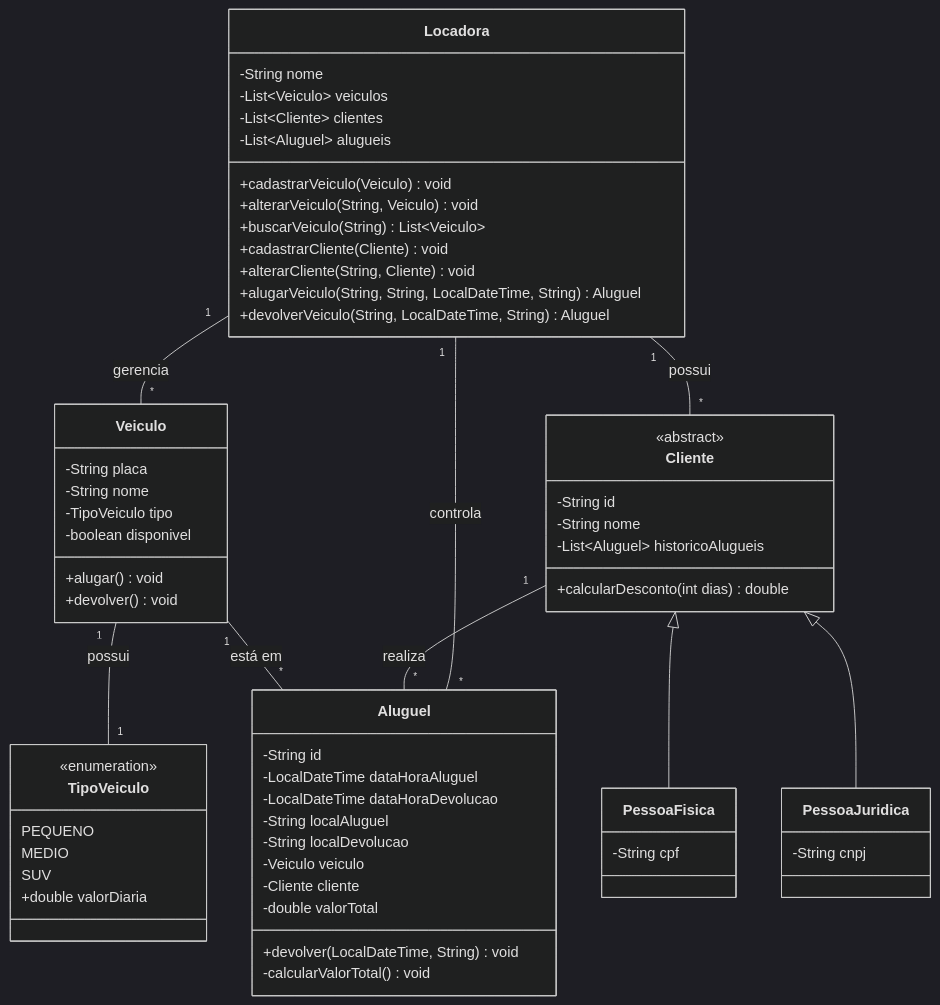
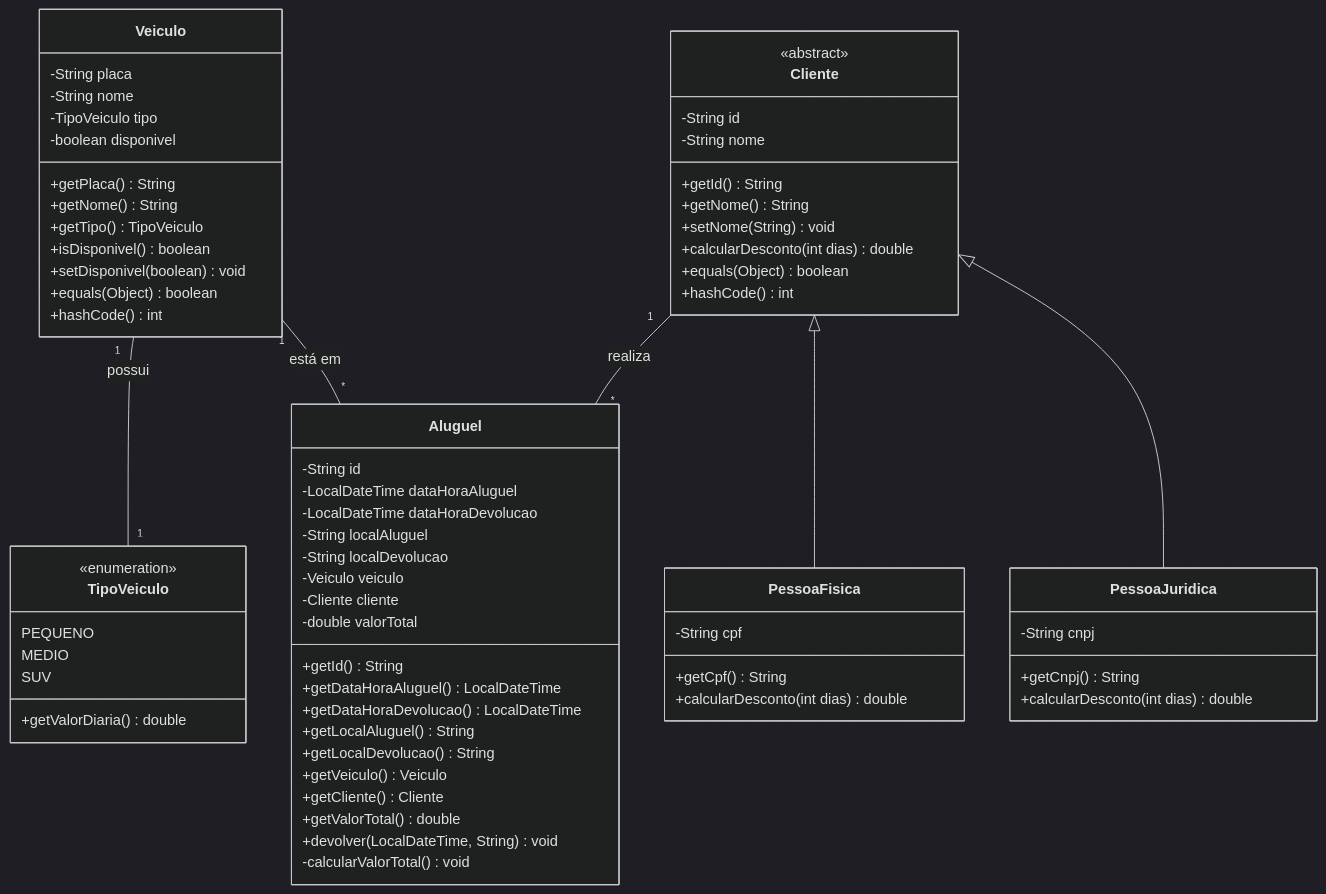
Before and after one commit to elainefabiola/POO2_Projeto: the diagram in uml.md, drawn with Mermaid (dark theme).

````diff
--- a/uml.md
+++ b/uml.md
@@ -1,77 +1,80 @@
 ```mermaid
 classDiagram
     %% ENUMS
     class TipoVeiculo {
         <<enumeration>>
         PEQUENO
         MEDIO
         SUV
-        +double valorDiaria
+        +getValorDiaria() double
     }
 
     %% CLASSES PRINCIPAIS
     class Veiculo {
         -String placa
         -String nome
         -TipoVeiculo tipo
         -boolean disponivel
-        +alugar() void
-        +devolver() void
+        +getPlaca() String
+        +getNome() String
+        +getTipo() TipoVeiculo
+        +isDisponivel() boolean
+        +setDisponivel(boolean) void
+        +equals(Object) boolean
+        +hashCode() int
     }
 
     class Cliente {
         <<abstract>>
         -String id
         -String nome
-        -List~Aluguel~ historicoAlugueis
+        +getId() String
+        +getNome() String
+        +setNome(String) void
         +calcularDesconto(int dias) double
+        +equals(Object) boolean
+        +hashCode() int
     }
 
     class PessoaFisica {
         -String cpf
+        +getCpf() String
+        +calcularDesconto(int dias) double
     }
 
     class PessoaJuridica {
         -String cnpj
+        +getCnpj() String
+        +calcularDesconto(int dias) double
     }
 
     class Aluguel {
         -String id
         -LocalDateTime dataHoraAluguel
         -LocalDateTime dataHoraDevolucao
         -String localAluguel
         -String localDevolucao
         -Veiculo veiculo
         -Cliente cliente
         -double valorTotal
+        +getId() String
+        +getDataHoraAluguel() LocalDateTime
+        +getDataHoraDevolucao() LocalDateTime
+        +getLocalAluguel() String
+        +getLocalDevolucao() String
+        +getVeiculo() Veiculo
+        +getCliente() Cliente
+        +getValorTotal() double
         +devolver(LocalDateTime, String) void
         -calcularValorTotal() void
-    }
-
-    class Locadora {
-        -String nome
-        -List~Veiculo~ veiculos
-        -List~Cliente~ clientes
-        -List~Aluguel~ alugueis
-        +cadastrarVeiculo(Veiculo) void
-        +alterarVeiculo(String, Veiculo) void
-        +buscarVeiculo(String) List~Veiculo~
-        +cadastrarCliente(Cliente) void
-        +alterarCliente(String, Cliente) void
-        +alugarVeiculo(String, String, LocalDateTime, String) Aluguel
-        +devolverVeiculo(String, LocalDateTime, String) Aluguel
     }
 
     %% RELACIONAMENTOS
     Cliente <|-- PessoaFisica
     Cliente <|-- PessoaJuridica
     
     Veiculo "1" -- "1" TipoVeiculo : possui
     Veiculo "1" -- "*" Aluguel : está em
     Cliente "1" -- "*" Aluguel : realiza
-    
-    Locadora "1" -- "*" Veiculo : gerencia
-    Locadora "1" -- "*" Cliente : possui
-    Locadora "1" -- "*" Aluguel : controla
 
 ```
````
